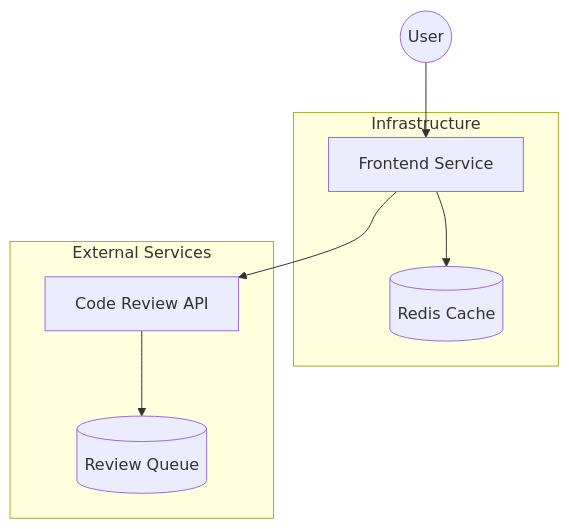
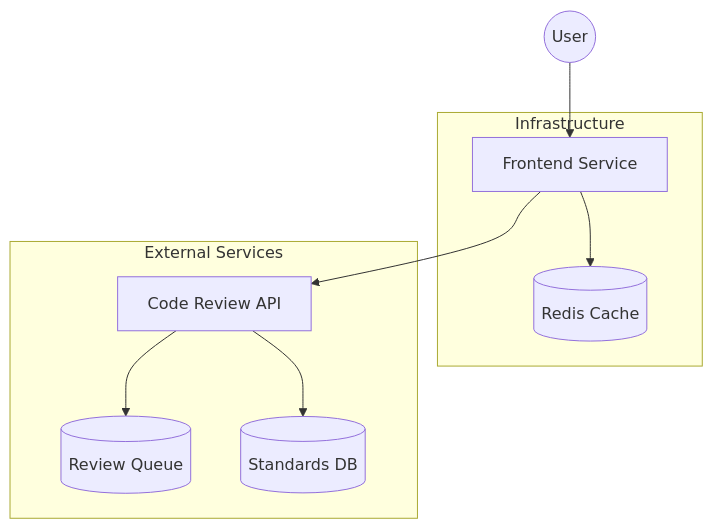
One commit to DEFRA/defra-ai-codereview-frontend changed the first of 5 diagrams in ARCHITECTURE.md. Above: the diagram before and after it, drawn with Mermaid. The commit also changed other lines of this file and 12 other files, not shown here.

````diff
--- a/ARCHITECTURE.md
+++ b/ARCHITECTURE.md
@@ -9,17 +9,19 @@
 ```mermaid
 graph TB
     User((User))-->Frontend[Frontend Service]
     Frontend-->API[Code Review API]
     Frontend-->Redis[(Redis Cache)]
     API-->Queue[(Review Queue)]
+    API-->Standards[(Standards DB)]
 
     subgraph Infrastructure
         Frontend
         Redis
     end
 
     subgraph External Services
         API
         Queue
+        Standards
     end
 ```
````
